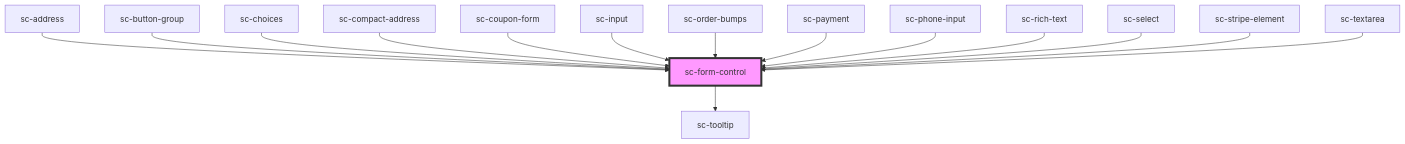
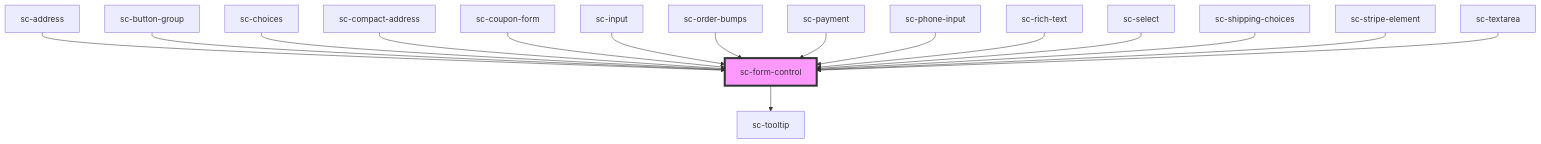
The diagram in packages/components/src/components/ui/form-control/readme.md (surecart/surecart-wp-plugin), drawn with Mermaid before and after one commit. The commit also changed other lines of this file and 15 other files, not shown here.

Commit message:
Create a block for the shipping choices

````diff
--- a/packages/components/src/components/ui/form-control/readme.md
+++ b/packages/components/src/components/ui/form-control/readme.md
@@ -58,18 +59,19 @@
 ```mermaid
 graph TD;
   sc-form-control --> sc-tooltip
   sc-address --> sc-form-control
   sc-button-group --> sc-form-control
   sc-choices --> sc-form-control
   sc-compact-address --> sc-form-control
   sc-coupon-form --> sc-form-control
   sc-input --> sc-form-control
   sc-order-bumps --> sc-form-control
   sc-payment --> sc-form-control
   sc-phone-input --> sc-form-control
   sc-rich-text --> sc-form-control
   sc-select --> sc-form-control
+  sc-shipping-choices --> sc-form-control
   sc-stripe-element --> sc-form-control
   sc-textarea --> sc-form-control
   style sc-form-control fill:#f9f,stroke:#333,stroke-width:4px
 ```
````
